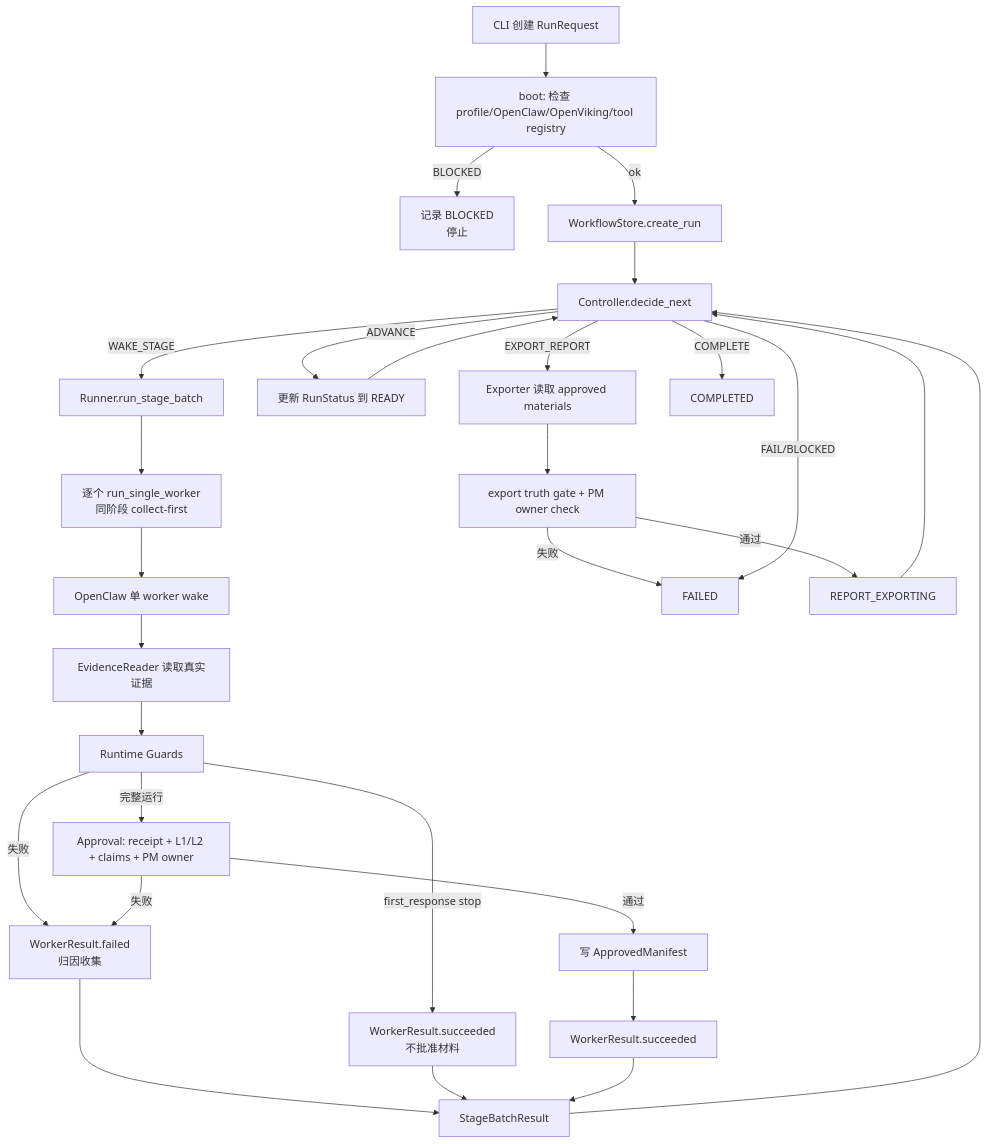
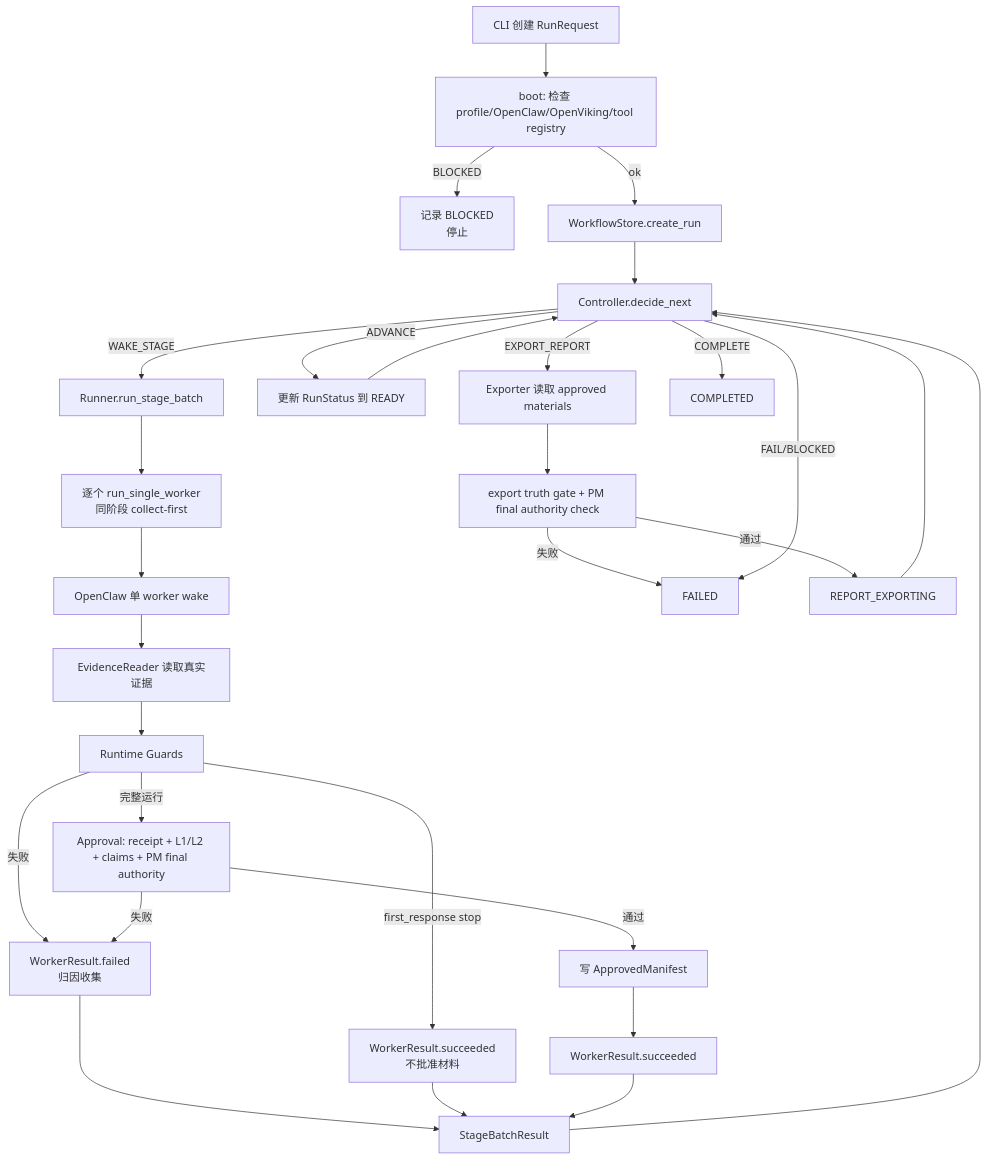
One commit to cflank/claw-trade changed the second of 4 diagrams in docs/reference/legacy/control详细设计方案.md. Above: the diagram before and after it, drawn with Mermaid. The commit also changed other lines of this file and 334 other files, not shown here.

````diff
--- a/docs/reference/legacy/control详细设计方案.md
+++ b/docs/reference/legacy/control详细设计方案.md
@@ -165,33 +165,33 @@
 ```mermaid
 flowchart TD
   A[CLI 创建 RunRequest] --> B[boot: 检查 profile/OpenClaw/OpenViking/tool registry]
   B -->|BLOCKED| Z[记录 BLOCKED\n停止]
   B -->|ok| C[WorkflowStore.create_run]
   C --> D[Controller.decide_next]
 
   D -->|WAKE_STAGE| E[Runner.run_stage_batch]
   E --> F[逐个 run_single_worker\n同阶段 collect-first]
   F --> G[OpenClaw 单 worker wake]
   G --> H[EvidenceReader 读取真实证据]
   H --> I[Runtime Guards]
   I -->|失败| J[WorkerResult.failed\n归因收集]
   I -->|first_response stop| K[WorkerResult.succeeded\n不批准材料]
-  I -->|完整运行| L[Approval: receipt + L1/L2 + claims + PM owner]
+  I -->|完整运行| L[Approval: receipt + L1/L2 + claims + PM final authority]
   L -->|失败| J
   L -->|通过| M[写 ApprovedManifest]
   M --> N[WorkerResult.succeeded]
   J --> O[StageBatchResult]
   K --> O
   N --> O
 
   O --> D
   D -->|ADVANCE| P[更新 RunStatus 到 READY]
   P --> D
   D -->|EXPORT_REPORT| Q[Exporter 读取 approved materials]
-  Q --> R[export truth gate + PM owner check]
+  Q --> R[export truth gate + PM final authority check]
   R -->|失败| Y[FAILED]
   R -->|通过| S[REPORT_EXPORTING]
   S --> D
   D -->|COMPLETE| T[COMPLETED]
   D -->|FAIL/BLOCKED| Y
 ```
````
